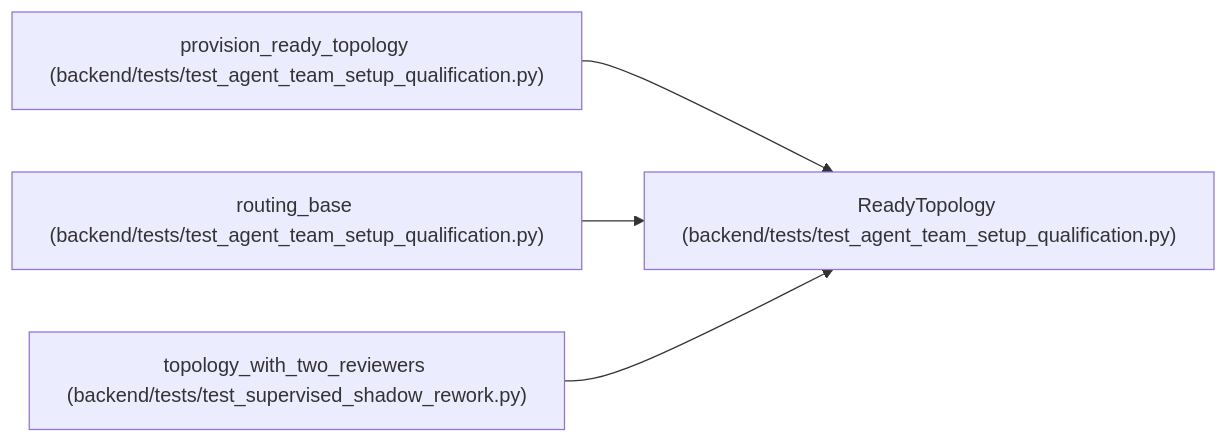
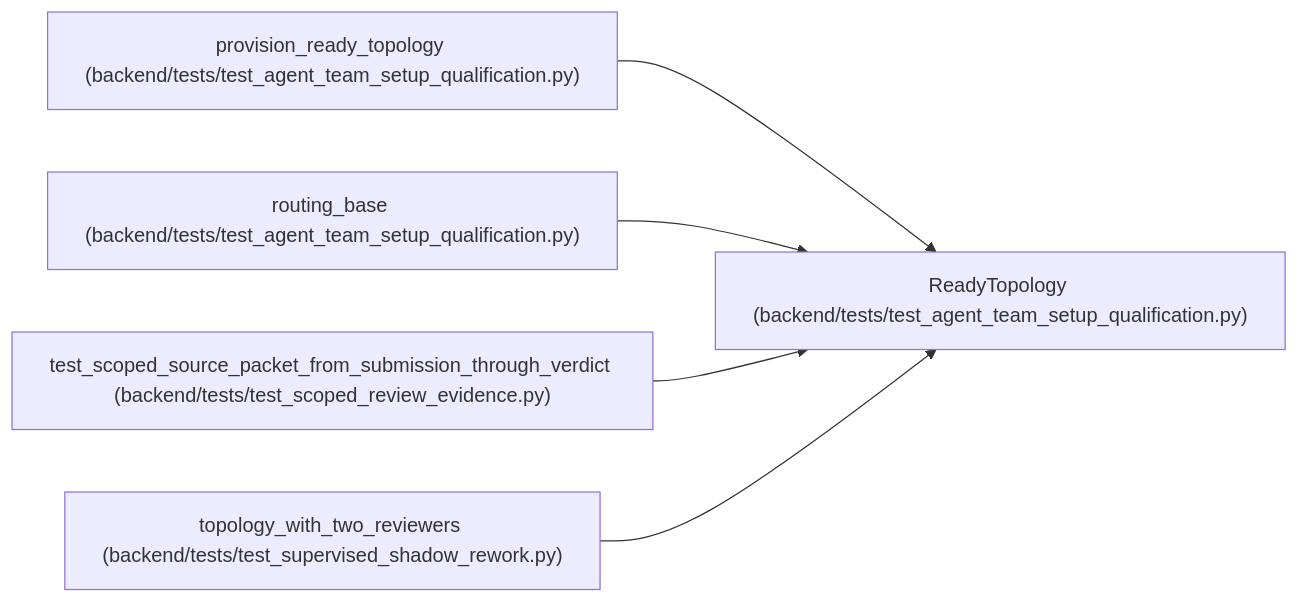
Before and after one commit to Denissvgn/WorkChord: the diagram in docs/llm_wiki/entities/ReadyTopology.md, drawn with Mermaid. The commit also changed other lines of this file and 891 other files, not shown here.

Commit message:
Document candidate-bound evidence and independent review policy

````diff
--- a/docs/llm_wiki/entities/ReadyTopology.md
+++ b/docs/llm_wiki/entities/ReadyTopology.md
@@ -30,14 +30,17 @@
 ```mermaid
 flowchart LR
     n0["ReadyTopology (backend/tests/test_agent_team_setup_qualification.py)"]
     n1["provision_ready_topology (backend/tests/test_agent_team_setup_qualification.py)"]
     n2["routing_base (backend/tests/test_agent_team_setup_qualification.py)"]
-    n3["topology_with_two_reviewers (backend/tests/test_supervised_shadow_rework.py)"]
+    n3["test_scoped_source_packet_from_submission_through_verdict (backend/tests/test_scoped_review_evidence.py)"]
+    n4["topology_with_two_reviewers (backend/tests/test_supervised_shadow_rework.py)"]
     n1 --> n0
     n2 --> n0
     n3 --> n0
+    n4 --> n0
     click n0 "../modules/test_agent_team_setup_qualification.md"
     click n1 "../modules/test_agent_team_setup_qualification.md"
     click n2 "../modules/test_agent_team_setup_qualification.md"
-    click n3 "../modules/test_supervised_shadow_rework.md"
+    click n3 "../modules/test_scoped_review_evidence.md"
+    click n4 "../modules/test_supervised_shadow_rework.md"
 ```
````
